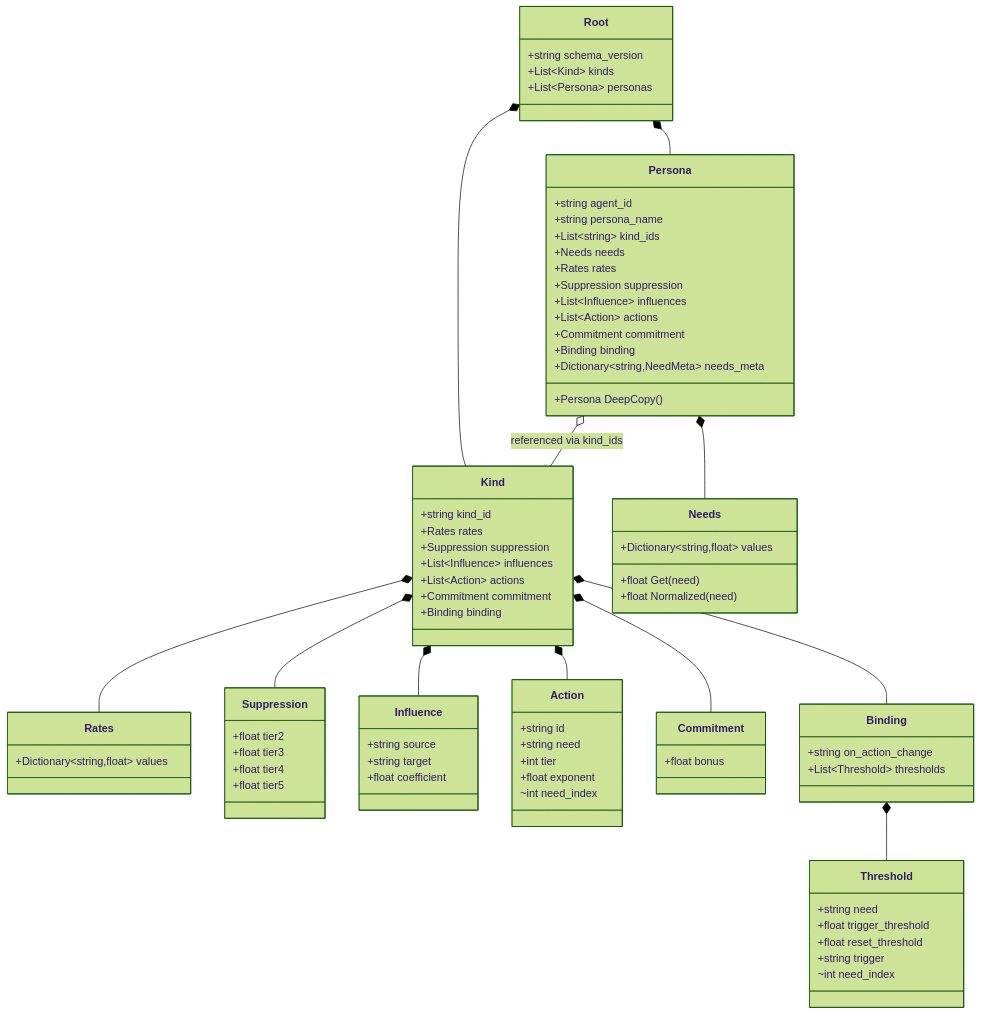
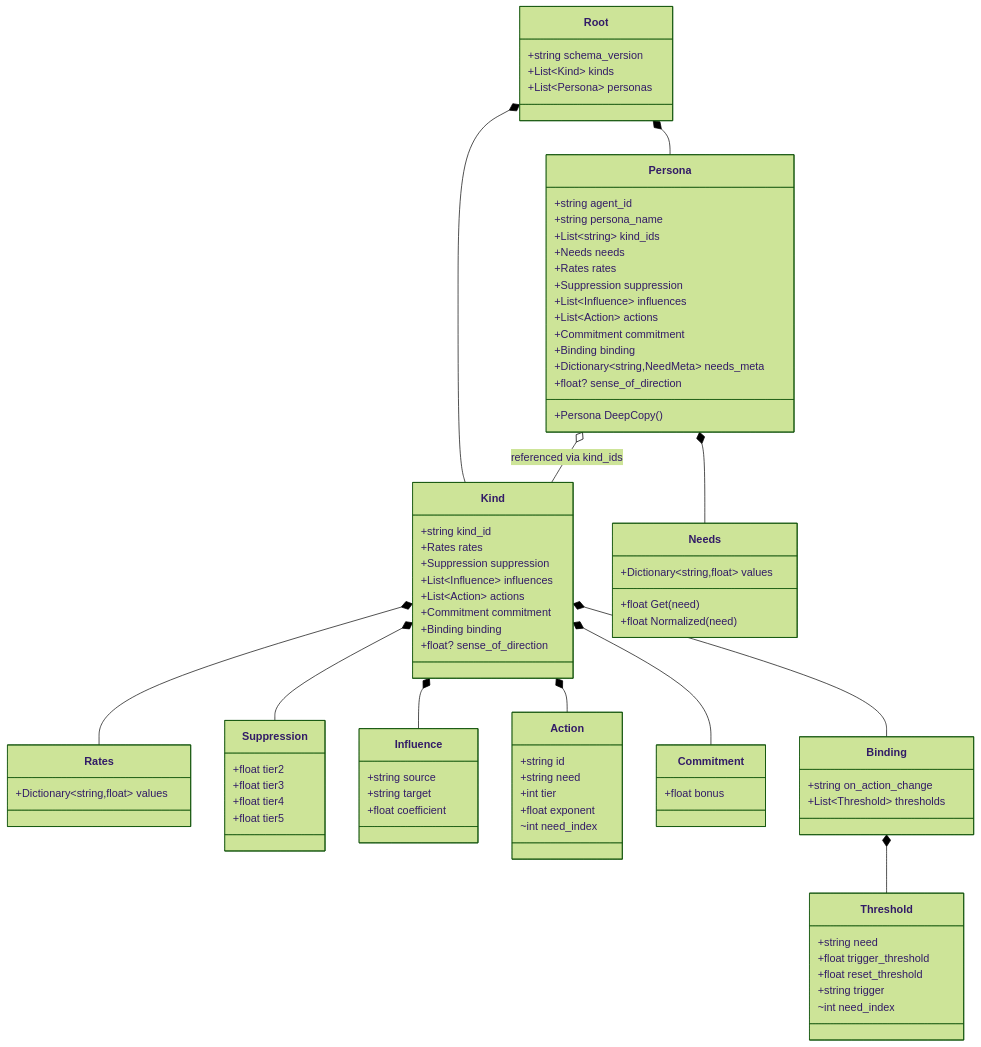
Before and after one commit to hiroxpepe/animo: the seventh of 56 diagrams in docs/animo_spec.md, drawn with Mermaid (forest theme). The commit also changed other lines of this file, not shown here.

Commit message:
docs: Update the spec with the sense of direction of a kind

```diff
--- a/docs/animo_spec.md
+++ b/docs/animo_spec.md
@@ -272,6 +272,7 @@
     +List~Action~ actions
     +Commitment commitment
     +Binding binding
+    +float? sense_of_direction
   }
   class Persona {
     +string agent_id
@@ -285,6 +286,7 @@
     +Commitment commitment
     +Binding binding
     +Dictionary~string,NeedMeta~ needs_meta
+    +float? sense_of_direction
     +Persona DeepCopy()
   }
   class Needs {
```
